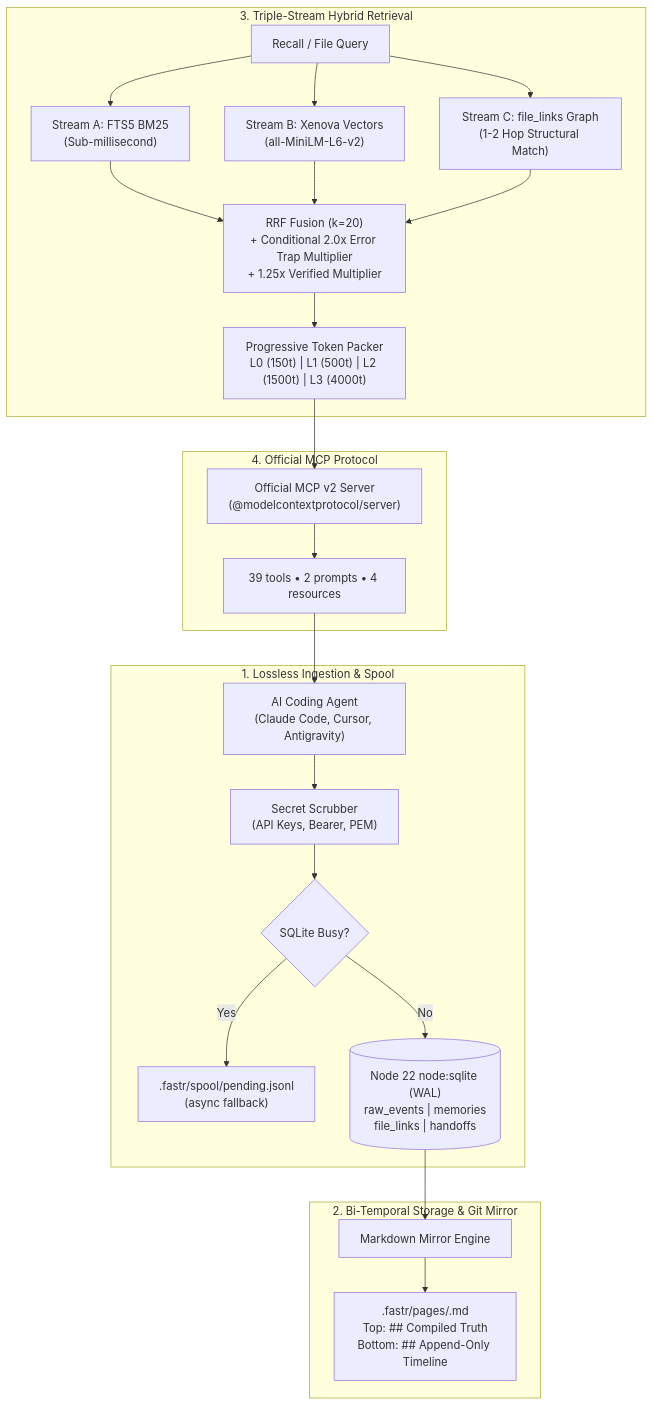
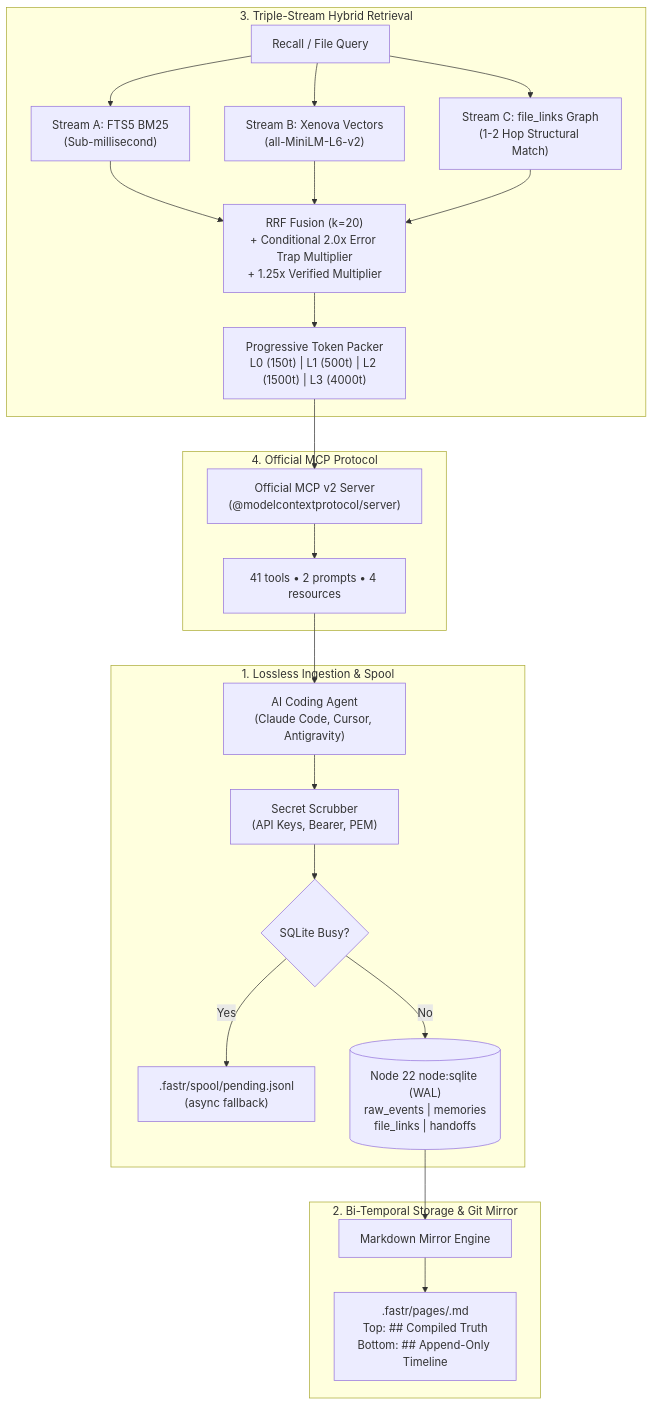
The diagram in README.md (atifjubaer/fastrmemory), drawn with Mermaid before and after one commit. The commit also changed other lines of this file and 11 other files, not shown here.

````diff
--- a/README.md
+++ b/README.md
@@ -385,29 +398,29 @@
 ```mermaid
 flowchart TD
     subgraph Ingestion["1. Lossless Ingestion & Spool"]
         Agent["AI Coding Agent\n(Claude Code, Cursor, Antigravity)"] --> Scrubber["Secret Scrubber\n(API Keys, Bearer, PEM)"]
         Scrubber --> Spool{"SQLite Busy?"}
         Spool -- Yes --> SpoolFile[".fastr/spool/pending.jsonl\n(async fallback)"]
         Spool -- No --> DB
     end
 
     subgraph Storage["2. Bi-Temporal Storage & Git Mirror"]
         DB[("Node 22 node:sqlite (WAL)\nraw_events | memories\nfile_links | handoffs")]
         DB --> Mirror["Markdown Mirror Engine"]
         Mirror --> Pages[".fastr/pages/<module>.md\nTop: ## Compiled Truth\nBottom: ## Append-Only Timeline"]
     end
 
     subgraph Search["3. Triple-Stream Hybrid Retrieval"]
         Query["Recall / File Query"] --> FTS["Stream A: FTS5 BM25\n(Sub-millisecond)"]
         Query --> Vec["Stream B: Xenova Vectors\n(all-MiniLM-L6-v2)"]
         Query --> Graph["Stream C: file_links Graph\n(1-2 Hop Structural Match)"]
         FTS & Vec & Graph --> RRF["RRF Fusion (k=20)\n+ Conditional 2.0x Error Trap Multiplier\n+ 1.25x Verified Multiplier"]
         RRF --> Budget["Progressive Token Packer\nL0 (150t) | L1 (500t) | L2 (1500t) | L3 (4000t)"]
     end
 
     subgraph Protocol["4. Official MCP Protocol"]
         Budget --> MCPServer["Official MCP v2 Server\n(@modelcontextprotocol/server)"]
-        MCPServer --> Tools["39 tools • 2 prompts • 4 resources"]
+        MCPServer --> Tools["41 tools • 2 prompts • 4 resources"]
         Tools --> Agent
     end
 ```
````
